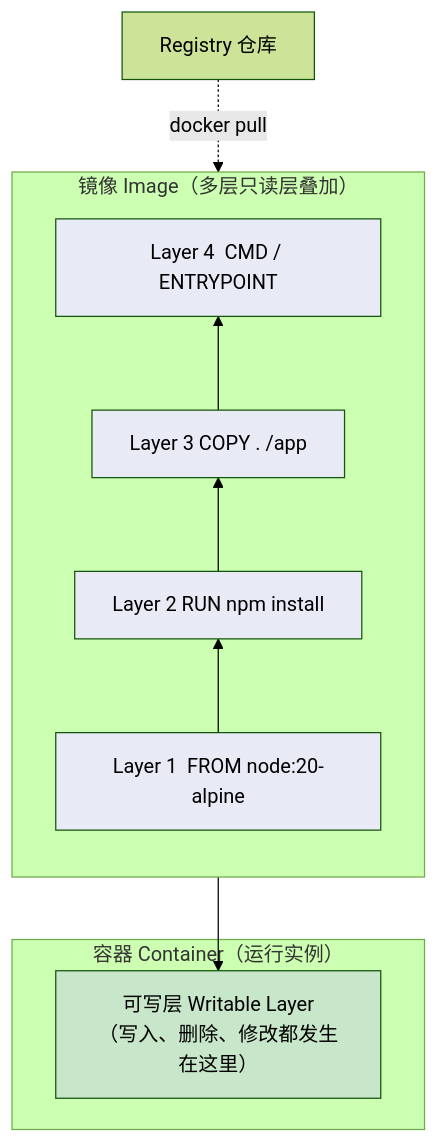
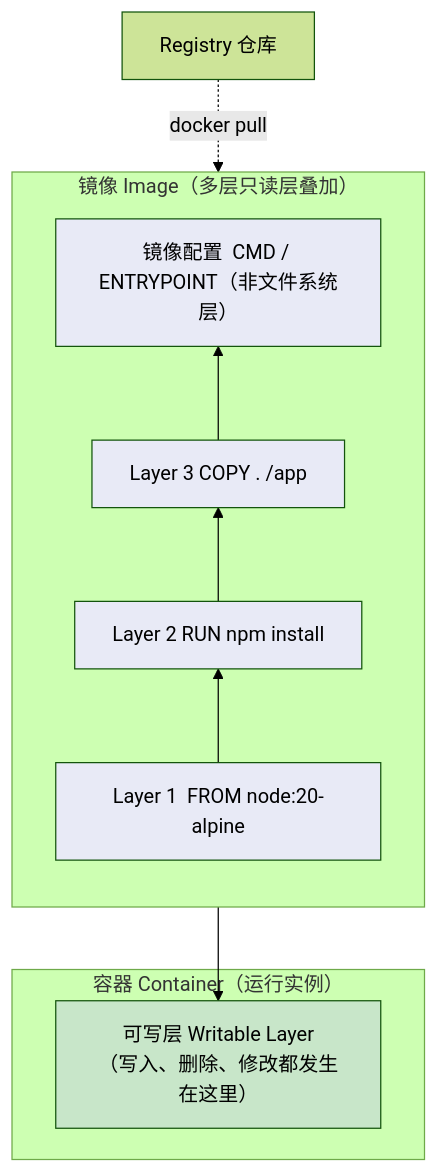
Before and after one commit to SongF0140/blog_knowledge: the second of 8 diagrams in Docker/01-概述与架构原理.md, drawn with Mermaid (forest theme). The commit also changed other lines of this file and 12 other files, not shown here.

````diff
--- a/Docker/01-概述与架构原理.md
+++ b/Docker/01-概述与架构原理.md
@@ -155,25 +155,25 @@
 ```mermaid
 graph TB
     subgraph IMG["镜像 Image（多层只读层叠加）"]
         direction BT
-        L4["Layer 4  CMD / ENTRYPOINT"]
+        L4["镜像配置  CMD / ENTRYPOINT（非文件系统层）"]
         L3["Layer 3  COPY . /app"]
         L2["Layer 2  RUN npm install"]
         L1["Layer 1  FROM node:20-alpine"]
         L1 --> L2 --> L3 --> L4
     end
 
     subgraph CTN["容器 Container（运行实例）"]
         RW["可写层 Writable Layer<br/>（写入、删除、修改都发生在这里）"]
     end
 
     IMG --> RW
 
     REG["Registry 仓库"] -.docker pull.-> IMG
 
     style L1 fill:#e8eaf6
     style L2 fill:#e8eaf6
     style L3 fill:#e8eaf6
     style L4 fill:#e8eaf6
     style RW fill:#c8e6c9
 ```
````
